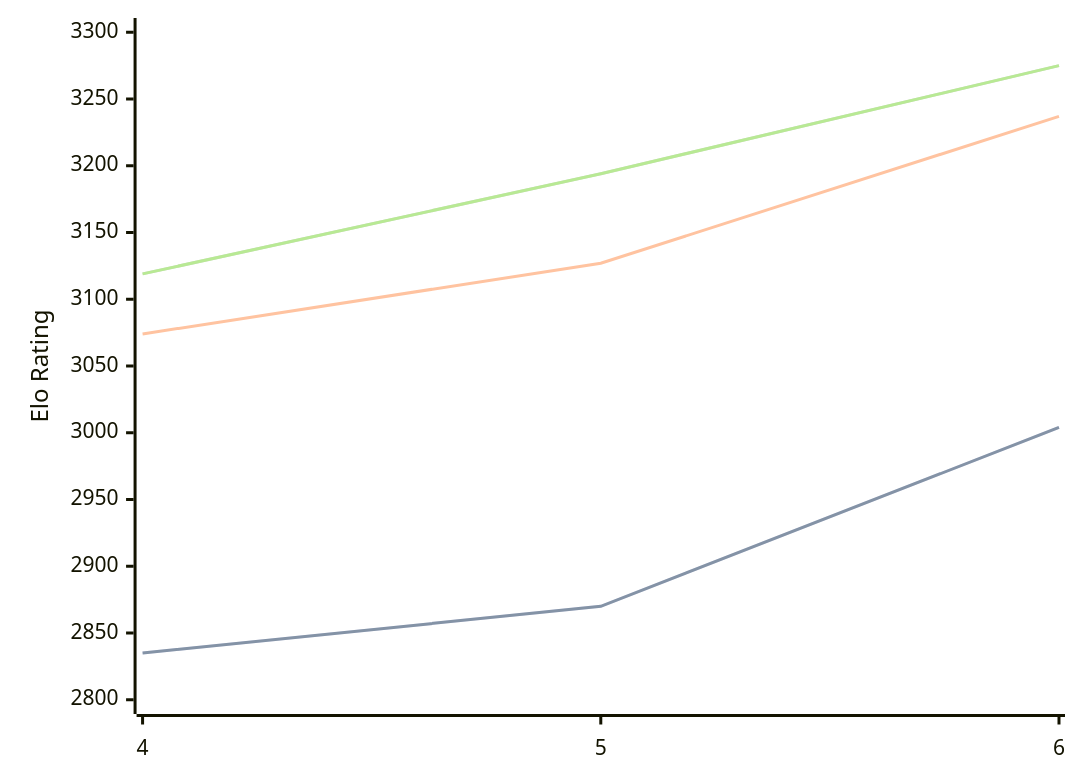
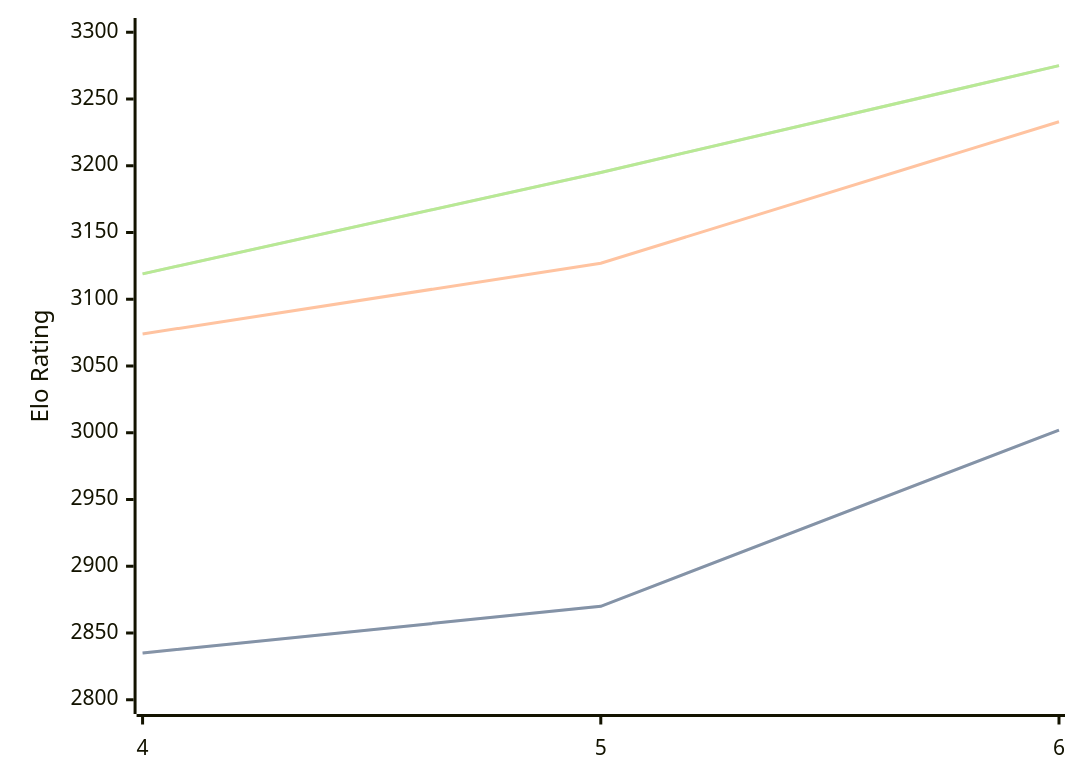
The diagram in engines/Cwtch.md (computer-chess-index/cci), drawn with Mermaid before and after one commit. The commit also changed other lines of this file, not shown here.

Commit message:
Update CCI Ratings (ELO VLTC) - 2026-07-21

````diff
--- a/engines/Cwtch.md
+++ b/engines/Cwtch.md
@@ -36,11 +36,11 @@
 ```mermaid
 %%{init: {"theme":"base","themeVariables":{"seriesColors:['#a3a3a3','#222221','#faa371']}}}%%
 xychart-beta
   x-axis ["4", "5", "6"]
   y-axis "Elo Rating" 2800 --> 3300
-  line "STC (8.0+0.08s)" [2835, 2870, 3004]
-  line "STC (8.0+0.08s)" [2835, 2870, 3004]
-  line "LTC (60.0+0.60s)" [3074, 3127, 3237]
-  line "VLTC (2m24s+1.12s)" [3119, 3194, 3275]
-  line "VLTC (2m24s+1.12s)" [3119, 3194, 3275]
+  line "STC (8.0+0.08s)" [2835, 2870, 3002]
+  line "STC (8.0+0.08s)" [2835, 2870, 3002]
+  line "LTC (60.0+0.60s)" [3074, 3127, 3233]
+  line "VLTC (2m24s+1.12s)" [3119, 3195, 3275]
+  line "VLTC (2m24s+1.12s)" [3119, 3195, 3275]
 ```
````
